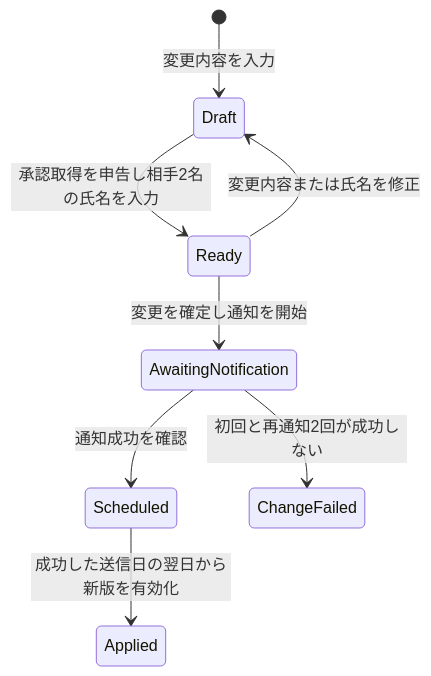
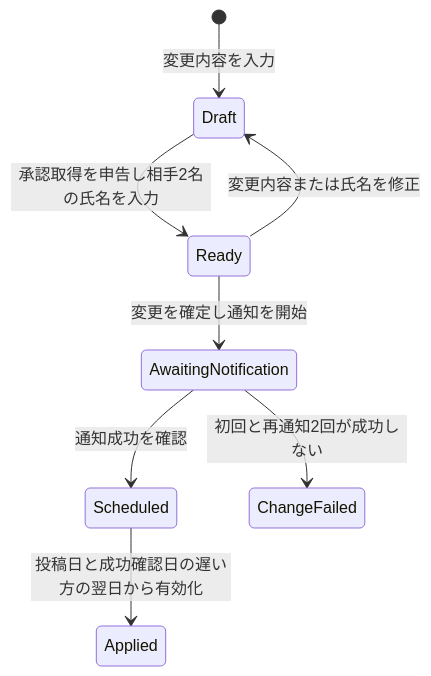
One commit to nto300002/kiiya-cleaning-checker changed the third of 4 diagrams in docs/state-transitions.md. Above: the diagram before and after it, drawn with Mermaid. The commit also changed other lines of this file and 6 other files, not shown here.

````diff
--- a/docs/state-transitions.md
+++ b/docs/state-transitions.md
@@ -103,10 +105,10 @@
 ```mermaid
 stateDiagram-v2
     [*] --> Draft: 変更内容を入力
     Draft --> Ready: 承認取得を申告し相手2名の氏名を入力
     Ready --> Draft: 変更内容または氏名を修正
     Ready --> AwaitingNotification: 変更を確定し通知を開始
     AwaitingNotification --> Scheduled: 通知成功を確認
     AwaitingNotification --> ChangeFailed: 初回と再通知2回が成功しない
-    Scheduled --> Applied: 成功した送信日の翌日から新版を有効化
+    Scheduled --> Applied: 投稿日と成功確認日の遅い方の翌日から有効化
 ```
````
